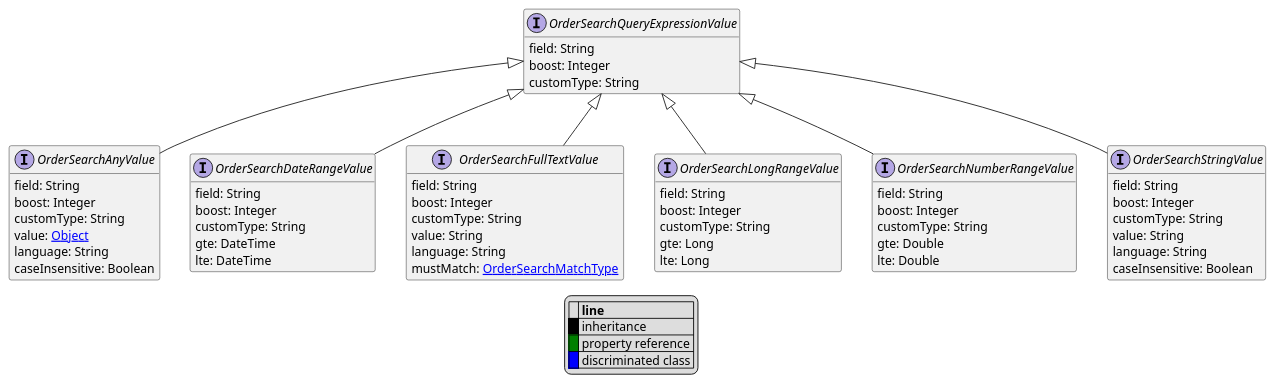
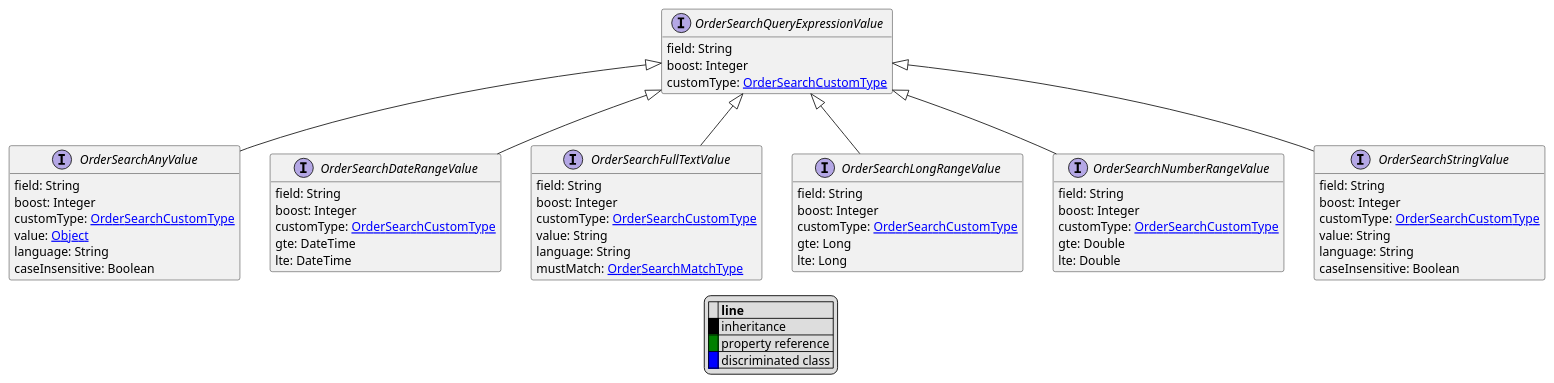
One commit to commercetools/commercetools-api-reference changed the diagram in uml/api/OrderSearchQueryExpressionValue.puml. Above: the diagram before and after it, drawn with PlantUML. The commit also changed 16 other files, not shown here.

```diff
--- a/uml/api/OrderSearchQueryExpressionValue.puml
+++ b/uml/api/OrderSearchQueryExpressionValue.puml
@@ -1,66 +1,66 @@
 @startuml
 
 hide empty fields
 hide empty methods
 legend
 |= |= line |
 |<back:black>   </back>| inheritance |
 |<back:green>   </back>| property reference |
 |<back:blue>   </back>| discriminated class |
 endlegend
 interface OrderSearchQueryExpressionValue [[OrderSearchQueryExpressionValue.svg]]  {
     field: String
     boost: Integer
-    customType: String
+    customType: [[OrderSearchCustomType.svg OrderSearchCustomType]]
 }
 
 interface OrderSearchAnyValue [[OrderSearchAnyValue.svg]] extends OrderSearchQueryExpressionValue {
     field: String
     boost: Integer
-    customType: String
+    customType: [[OrderSearchCustomType.svg OrderSearchCustomType]]
     value: [[Object.svg Object]]
     language: String
     caseInsensitive: Boolean
 }
 interface OrderSearchDateRangeValue [[OrderSearchDateRangeValue.svg]] extends OrderSearchQueryExpressionValue {
     field: String
     boost: Integer
-    customType: String
+    customType: [[OrderSearchCustomType.svg OrderSearchCustomType]]
     gte: DateTime
     lte: DateTime
 }
 interface OrderSearchFullTextValue [[OrderSearchFullTextValue.svg]] extends OrderSearchQueryExpressionValue {
     field: String
     boost: Integer
-    customType: String
+    customType: [[OrderSearchCustomType.svg OrderSearchCustomType]]
     value: String
     language: String
     mustMatch: [[OrderSearchMatchType.svg OrderSearchMatchType]]
 }
 interface OrderSearchLongRangeValue [[OrderSearchLongRangeValue.svg]] extends OrderSearchQueryExpressionValue {
     field: String
     boost: Integer
-    customType: String
+    customType: [[OrderSearchCustomType.svg OrderSearchCustomType]]
     gte: Long
     lte: Long
 }
 interface OrderSearchNumberRangeValue [[OrderSearchNumberRangeValue.svg]] extends OrderSearchQueryExpressionValue {
     field: String
     boost: Integer
-    customType: String
+    customType: [[OrderSearchCustomType.svg OrderSearchCustomType]]
     gte: Double
     lte: Double
 }
 interface OrderSearchStringValue [[OrderSearchStringValue.svg]] extends OrderSearchQueryExpressionValue {
     field: String
     boost: Integer
-    customType: String
+    customType: [[OrderSearchCustomType.svg OrderSearchCustomType]]
     value: String
     language: String
     caseInsensitive: Boolean
 }
 
 
 
 
 @enduml
```
